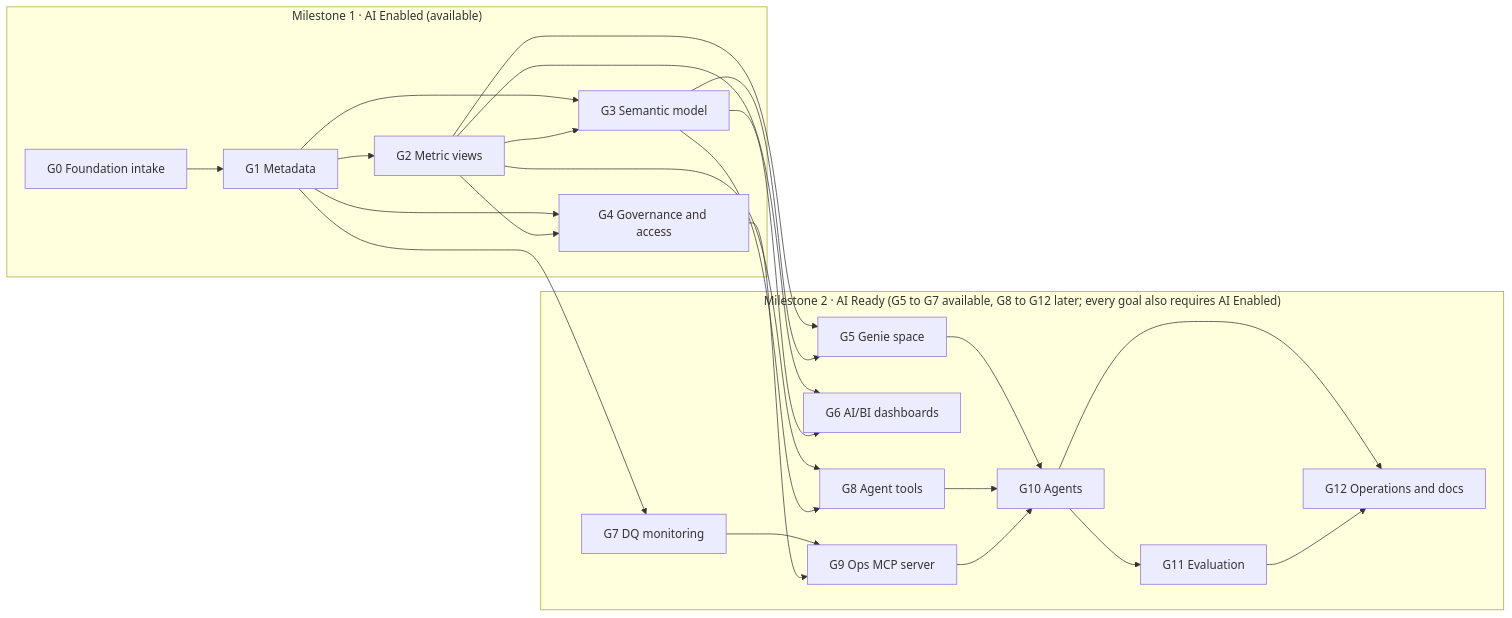
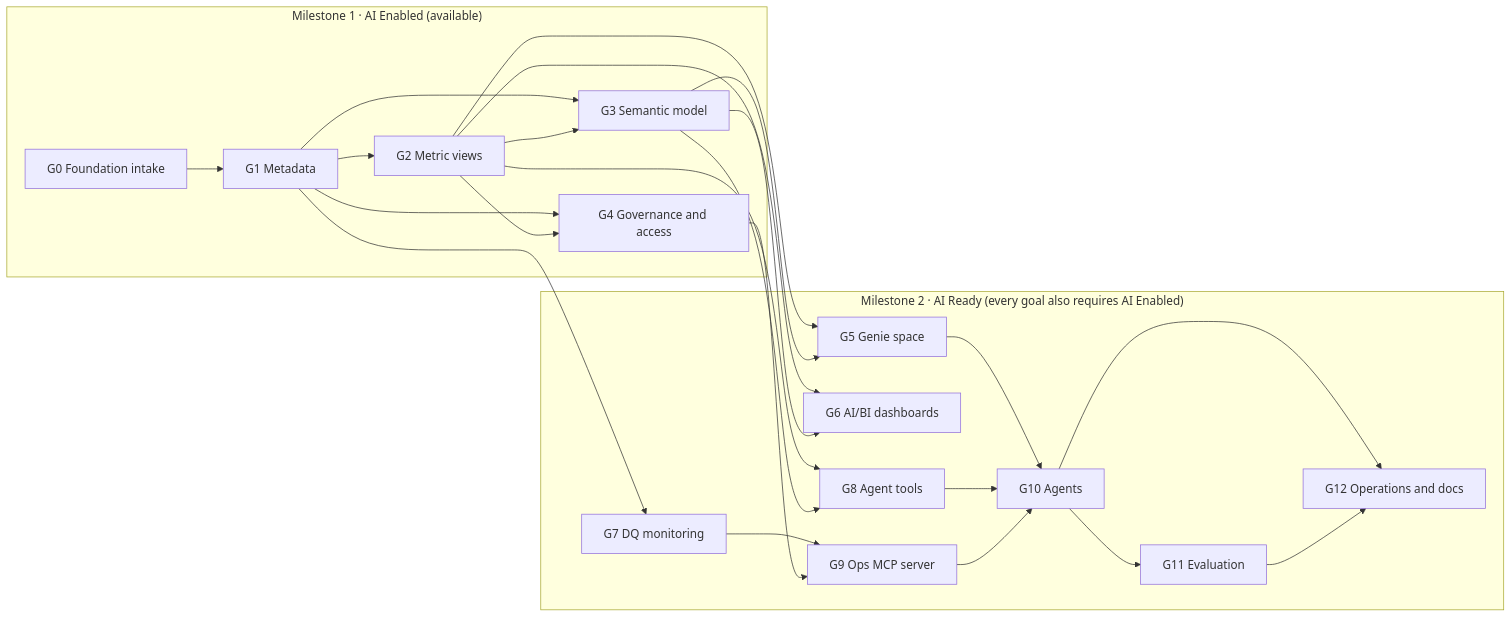
The second of 7 diagrams in docs/ARCHITECTURE.md (vasutechgenie/maya-dbx-ai), drawn with Mermaid before and after one commit. The commit also changed other lines of this file and 3 other files, not shown here.

First line of the commit message:
Docs: G8 to G12 available; tutorial sections for every AI Ready goal and the AI Ready milestone

````diff
--- a/docs/ARCHITECTURE.md
+++ b/docs/ARCHITECTURE.md
@@ -85,35 +89,35 @@
 ```mermaid
 flowchart LR
     subgraph AE["Milestone 1 · AI Enabled (available)"]
         G0["G0 Foundation intake"] --> G1["G1 Metadata"]
         G1 --> G2["G2 Metric views"]
         G1 --> G3["G3 Semantic model"]
         G2 --> G3
         G1 --> G4["G4 Governance and access"]
         G2 --> G4
     end
-    subgraph AR["Milestone 2 · AI Ready (G5 to G7 available, G8 to G12 later; every goal also requires AI Enabled)"]
+    subgraph AR["Milestone 2 · AI Ready (every goal also requires AI Enabled)"]
         G5["G5 Genie space"]
         G6["G6 AI/BI dashboards"]
         G7["G7 DQ monitoring"]
         G8["G8 Agent tools"]
         G9["G9 Ops MCP server"]
         G10["G10 Agents"]
         G11["G11 Evaluation"]
         G12["G12 Operations and docs"]
         G5 --> G10
         G8 --> G10
         G7 --> G9 --> G10
         G10 --> G11
         G10 --> G12
         G11 --> G12
     end
     G2 --> G5
     G3 --> G5
     G2 --> G6
     G3 --> G6
     G1 --> G7
     G2 --> G8
     G3 --> G8
     G4 --> G9
 ```
````
